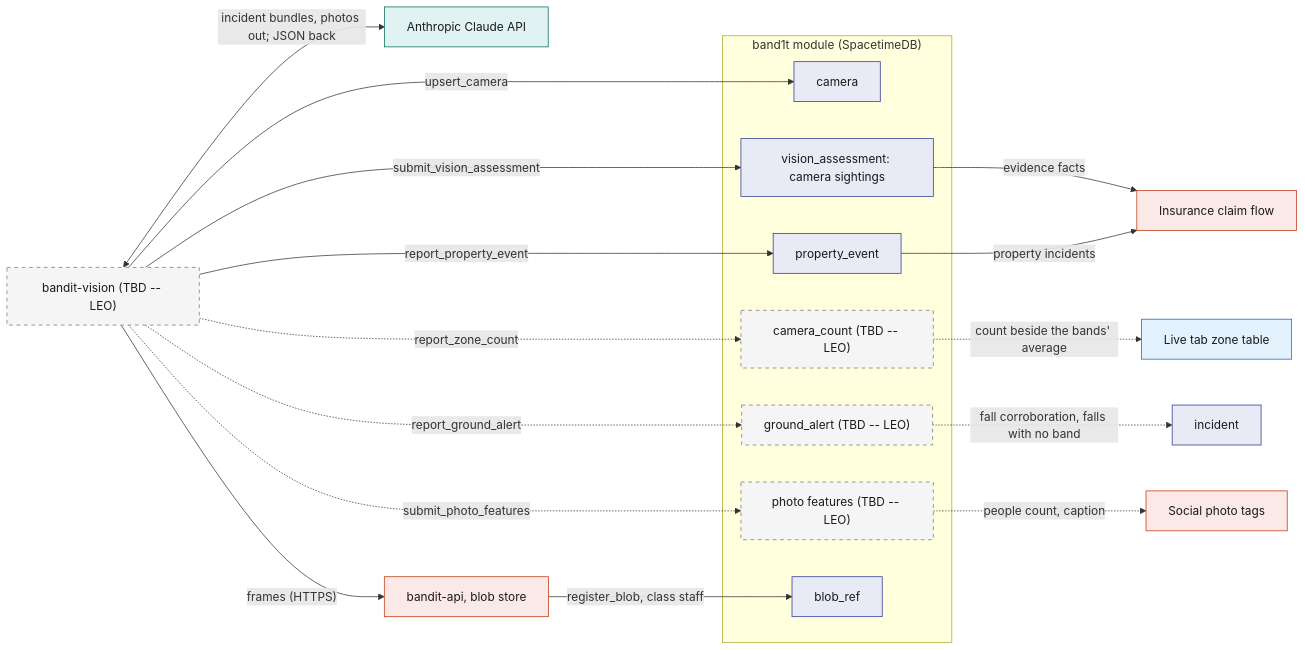
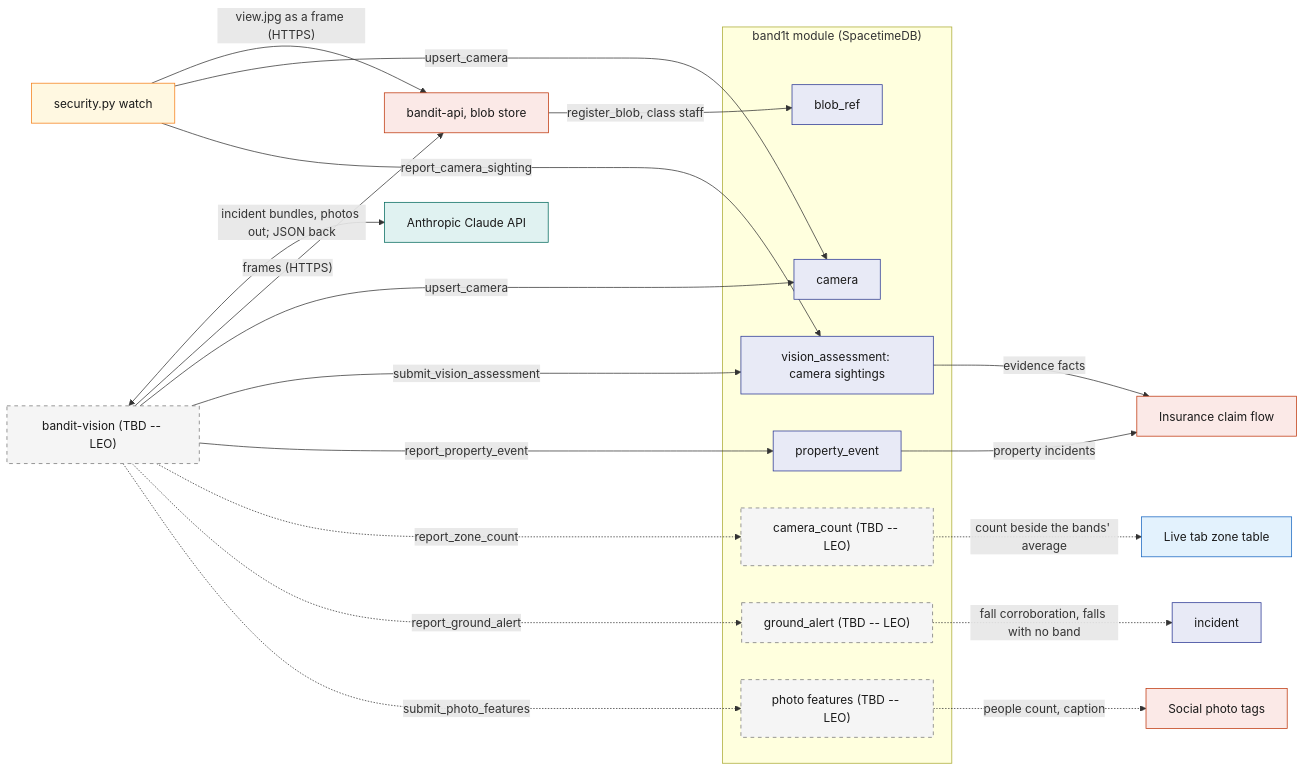
The third of 3 diagrams in System Design/4-devices/Vision.md (viktorinkov/cal-hacks-13), drawn with Mermaid before and after one commit. The commit also changed other lines of this file and 4 other files, not shown here.

Commit message:
system design: security view sends camera sightings through report_camera_sighting

````diff
--- a/System Design/4-devices/Vision.md
+++ b/System Design/4-devices/Vision.md
@@ -238,36 +263,41 @@
 ```mermaid
 flowchart LR
     Vis["bandit-vision (TBD -- LEO)"] <-->|"incident bundles, photos out; JSON back"| Claude["Anthropic Claude API"]
     Vis -->|"frames (HTTPS)"| Api["bandit-api, blob store"]
     subgraph M["band1t module (SpacetimeDB)"]
         CAMT["camera"]
         VA["vision_assessment: camera sightings"]
         PE["property_event"]
         CC["camera_count (TBD -- LEO)"]
         GA["ground_alert (TBD -- LEO)"]
         PF["photo features (TBD -- LEO)"]
         BL["blob_ref"]
     end
     Api -->|"register_blob, class staff"| BL
+    Sec["security.py watch"] -->|"view.jpg as a frame (HTTPS)"| Api
+    Sec -->|"upsert_camera"| CAMT
+    Sec -->|"report_camera_sighting"| VA
     Vis -->|"upsert_camera"| CAMT
     Vis -->|"submit_vision_assessment"| VA
     Vis -->|"report_property_event"| PE
     Vis -.->|"report_zone_count"| CC
     Vis -.->|"report_ground_alert"| GA
     Vis -.->|"submit_photo_features"| PF
     VA -->|"evidence facts"| Ins["Insurance claim flow"]
     PE -->|"property incidents"| Ins
     CC -.->|"count beside the bands' average"| Live["Live tab zone table"]
     GA -.->|"fall corroboration, falls with no band"| Inc["incident"]
     PF -.->|"people count, caption"| Soc["Social photo tags"]
     classDef tbd fill:#F5F5F5,stroke:#757575,color:#1A1A1A,stroke-dasharray:5 5
     classDef ext fill:#E0F2F1,stroke:#00695C,color:#1A1A1A
     classDef rust fill:#FBE9E7,stroke:#BF360C,color:#1A1A1A
     classDef stdb fill:#E8EAF6,stroke:#283593,color:#1A1A1A
     classDef web fill:#E3F2FD,stroke:#1565C0,color:#1A1A1A
+    classDef leo fill:#FFF8E1,stroke:#F57F17,color:#1A1A1A
     class Vis,CC,GA,PF tbd
+    class Sec leo
     class Claude ext
     class Api,Ins,Soc rust
     class CAMT,VA,PE,BL,Inc stdb
     class Live web
 ```
````
